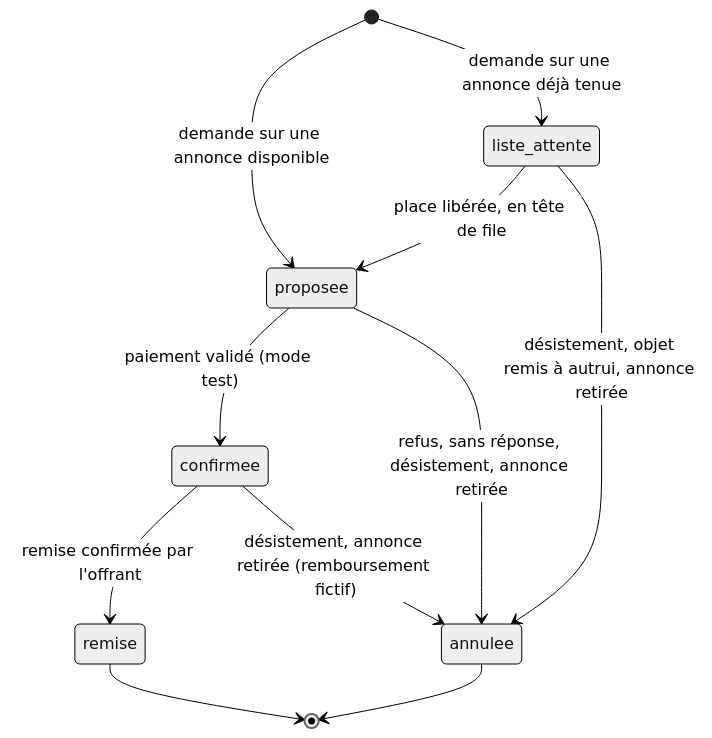
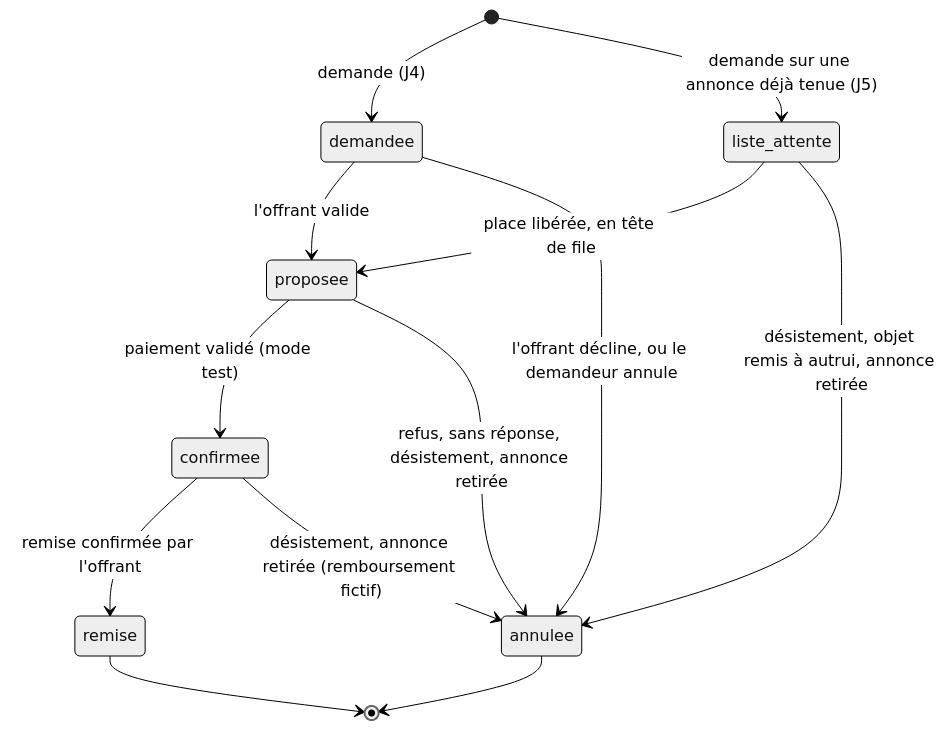
The third of 4 diagrams in specs/data-model.md (GuillaumeLorel/m2gdp-g6-don), drawn with Mermaid (neutral theme) before and after one commit. The commit also changed other lines of this file and 13 other files, not shown here.

````diff
--- a/specs/data-model.md
+++ b/specs/data-model.md
@@ -349,17 +357,19 @@
 ```mermaid
 stateDiagram-v2
-    [*] --> proposee : demande sur une annonce disponible
-    [*] --> liste_attente : demande sur une annonce déjà tenue
+    [*] --> demandee : demande (J4)
+    demandee --> proposee : l'offrant valide
+    demandee --> annulee : l'offrant décline, ou le demandeur annule
+    [*] --> liste_attente : demande sur une annonce déjà tenue (J5)
 
     liste_attente --> proposee : place libérée, en tête de file
     liste_attente --> annulee : désistement, objet remis à autrui, annonce retirée
 
     proposee --> confirmee : paiement validé (mode test)
     proposee --> annulee : refus, sans réponse, désistement, annonce retirée
 
     confirmee --> remise : remise confirmée par l'offrant
     confirmee --> annulee : désistement, annonce retirée (remboursement fictif)
 
     remise --> [*]
     annulee --> [*]
 ```
````
